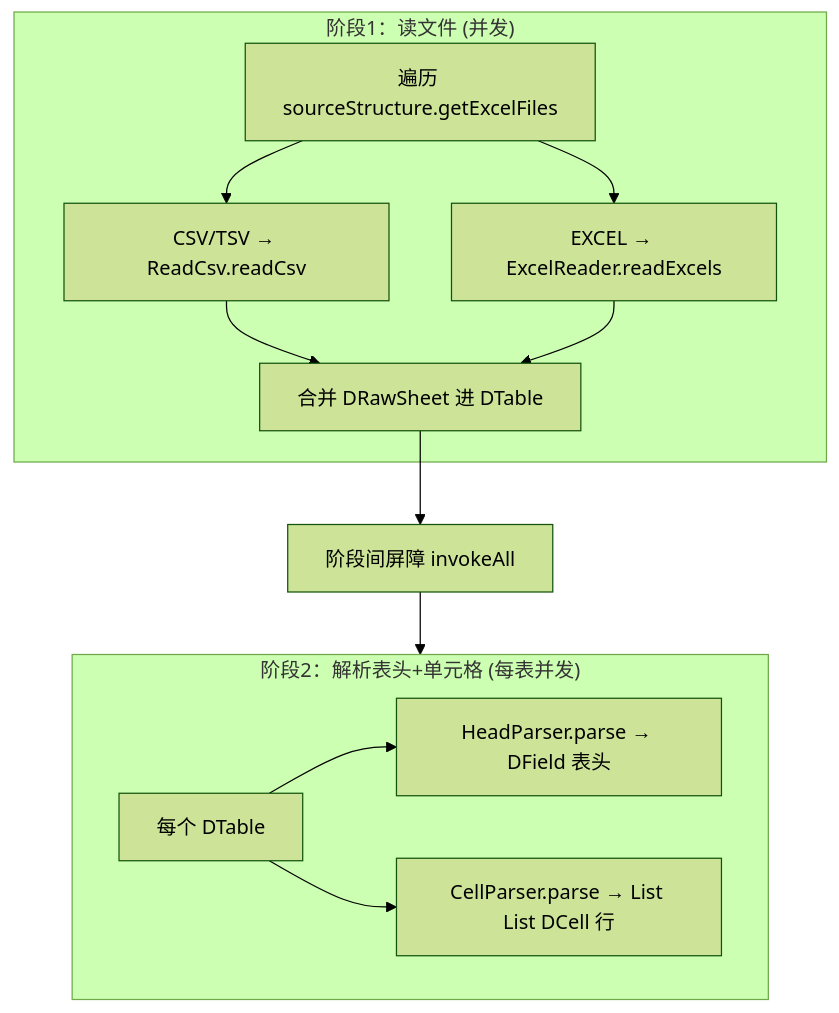
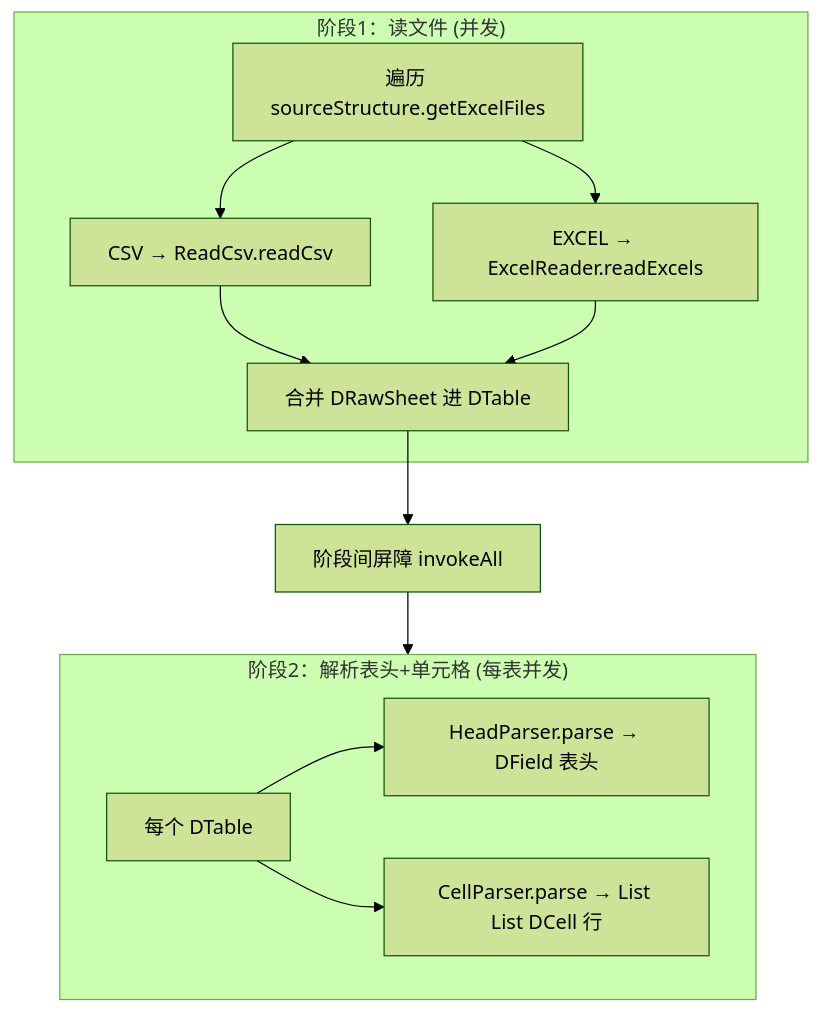
The diagram in app/docs/03-data-reading.md (stallboy/cfggen), drawn with Mermaid (forest theme) before and after one commit. The commit also changed other lines of this file and 53 other files, not shown here.

````diff
--- a/app/docs/03-data-reading.md
+++ b/app/docs/03-data-reading.md
@@ -31,15 +28,15 @@
 ```mermaid
 flowchart TD
     subgraph P1["阶段1：读文件 (并发)"]
-        F["遍历 sourceStructure.getExcelFiles"] --> CSV["CSV/TSV → ReadCsv.readCsv"]
+        F["遍历 sourceStructure.getExcelFiles"] --> CSV["CSV → ReadCsv.readCsv"]
         F --> XLS["EXCEL → ExcelReader.readExcels"]
         CSV --> M["合并 DRawSheet 进 DTable"]
         XLS --> M
     end
     M --> sub1["阶段间屏障 invokeAll"]
     sub1 --> P2
     subgraph P2["阶段2：解析表头+单元格 (每表并发)"]
         T["每个 DTable"] --> HP["HeadParser.parse → DField 表头"]
         T --> CP["CellParser.parse → List List DCell 行"]
     end
 ```
````
